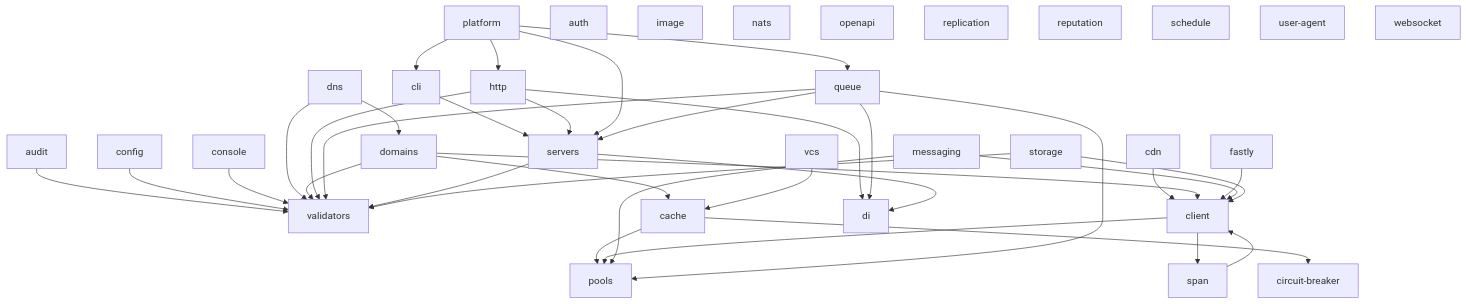
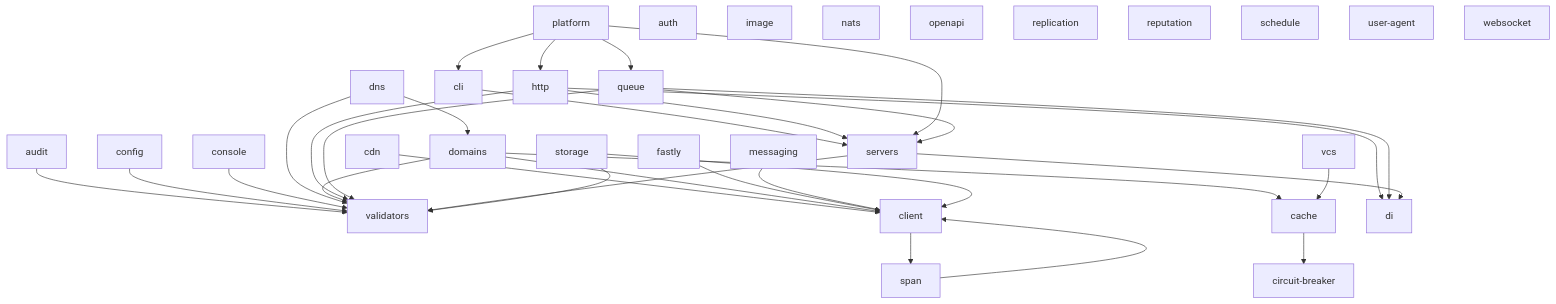
One commit to Neekoras/monorepo changed the diagram in README.md. Above: the diagram before and after it, drawn with Mermaid. The commit also changed other lines of this file and 23 other files, not shown here.

````diff
--- a/README.md
+++ b/README.md
@@ -52,46 +52,42 @@
 ```mermaid
 graph TD
     audit --> validators
     cache --> circuit-breaker
-    cache --> pools
     cdn --> client
     cli --> servers
-    client --> pools
     client --> span
     config --> validators
     console --> validators
     dns --> validators
     dns --> domains
     domains --> client
     domains --> validators
     domains --> cache
     fastly --> client
     http --> di
     http --> servers
     http --> validators
     messaging --> client
-    messaging --> pools
     platform --> cli
     platform --> http
     platform --> queue
     platform --> servers
     queue --> di
     queue --> servers
-    queue --> pools
     queue --> validators
     servers --> di
     servers --> validators
     span --> client
     storage --> validators
     storage --> client
     vcs --> cache
     auth
     image
     nats
     openapi
     replication
     reputation
     schedule
     user-agent
     websocket
 ```
````
